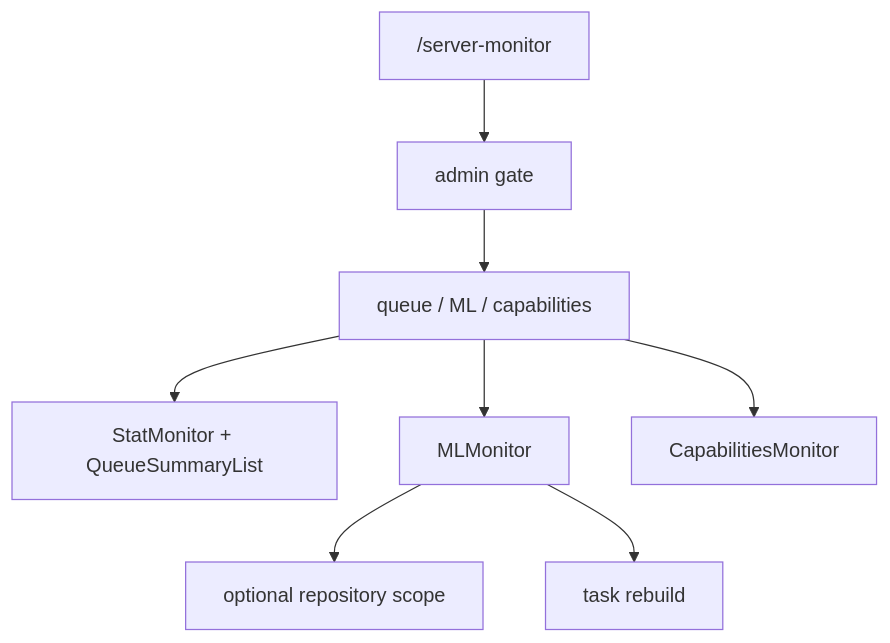
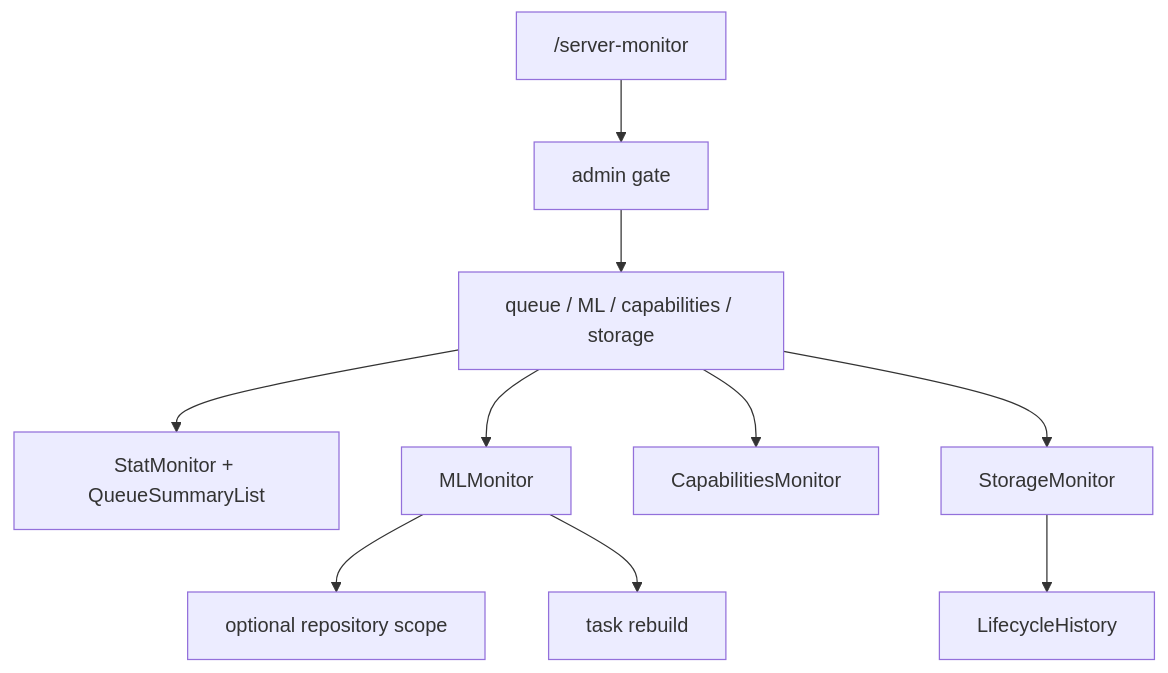
One commit to EdwinZhanCN/Lumilio-Photos changed the diagram in web/src/features/monitor/doc.md. Above: the diagram before and after it, drawn with Mermaid. The commit also changed other lines of this file and 623 other files, not shown here.

First line of the commit message:
feat: consolidate storage lifecycle and event convergence (#177)

````diff
--- a/web/src/features/monitor/doc.md
+++ b/web/src/features/monitor/doc.md
@@ -21,10 +21,12 @@
 ```mermaid
 flowchart TD
     ROUTE["/server-monitor"] --> ADMIN["admin gate"]
-    ADMIN --> TABS["queue / ML / capabilities"]
+    ADMIN --> TABS["queue / ML / capabilities / storage"]
     TABS --> QUEUE["StatMonitor + QueueSummaryList"]
     TABS --> ML["MLMonitor"]
     TABS --> CAP["CapabilitiesMonitor"]
+    TABS --> STORAGE["StorageMonitor"]
+    STORAGE --> HISTORY["LifecycleHistory"]
     ML --> REPOSITORY["optional repository scope"]
     ML --> REBUILD["task rebuild"]
 ```
````
